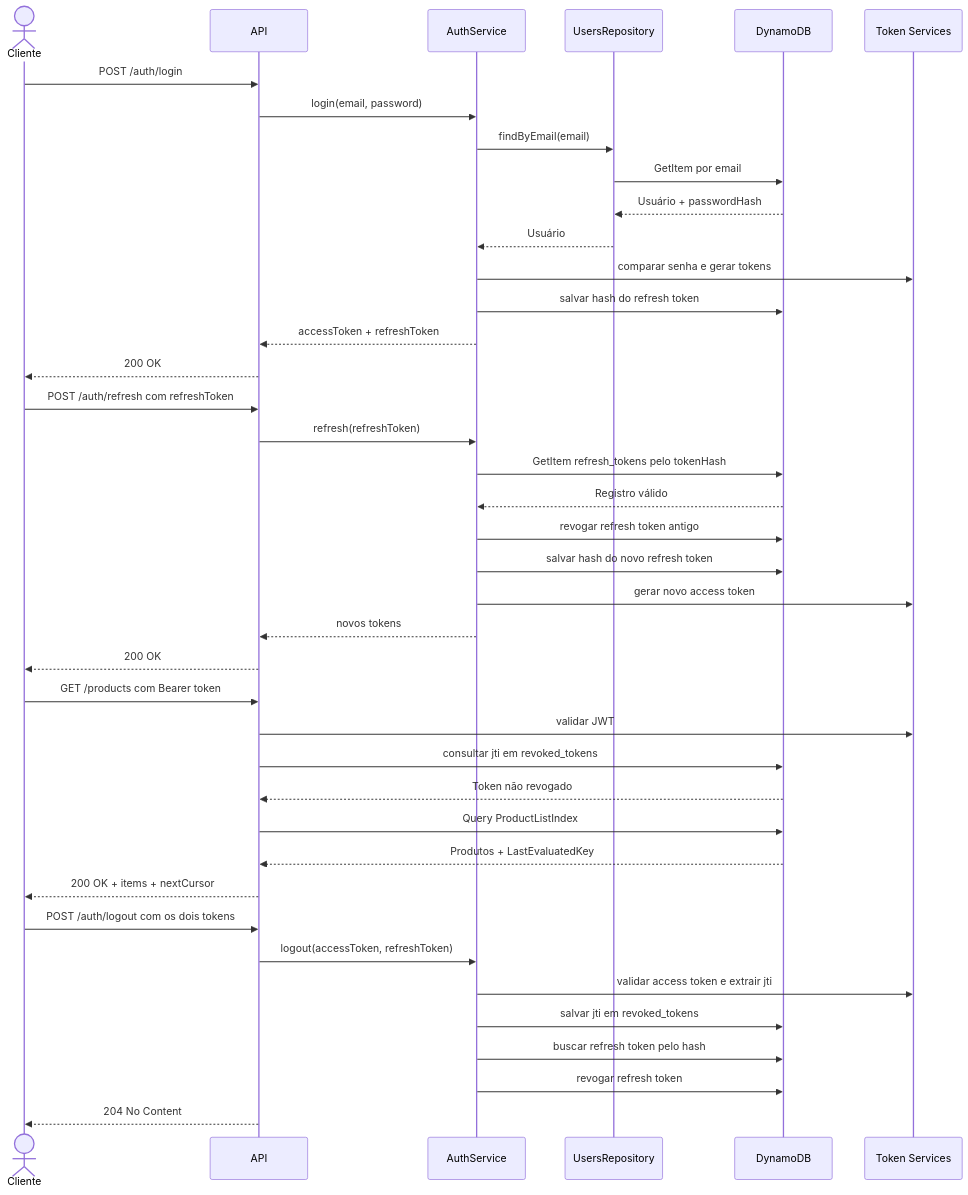
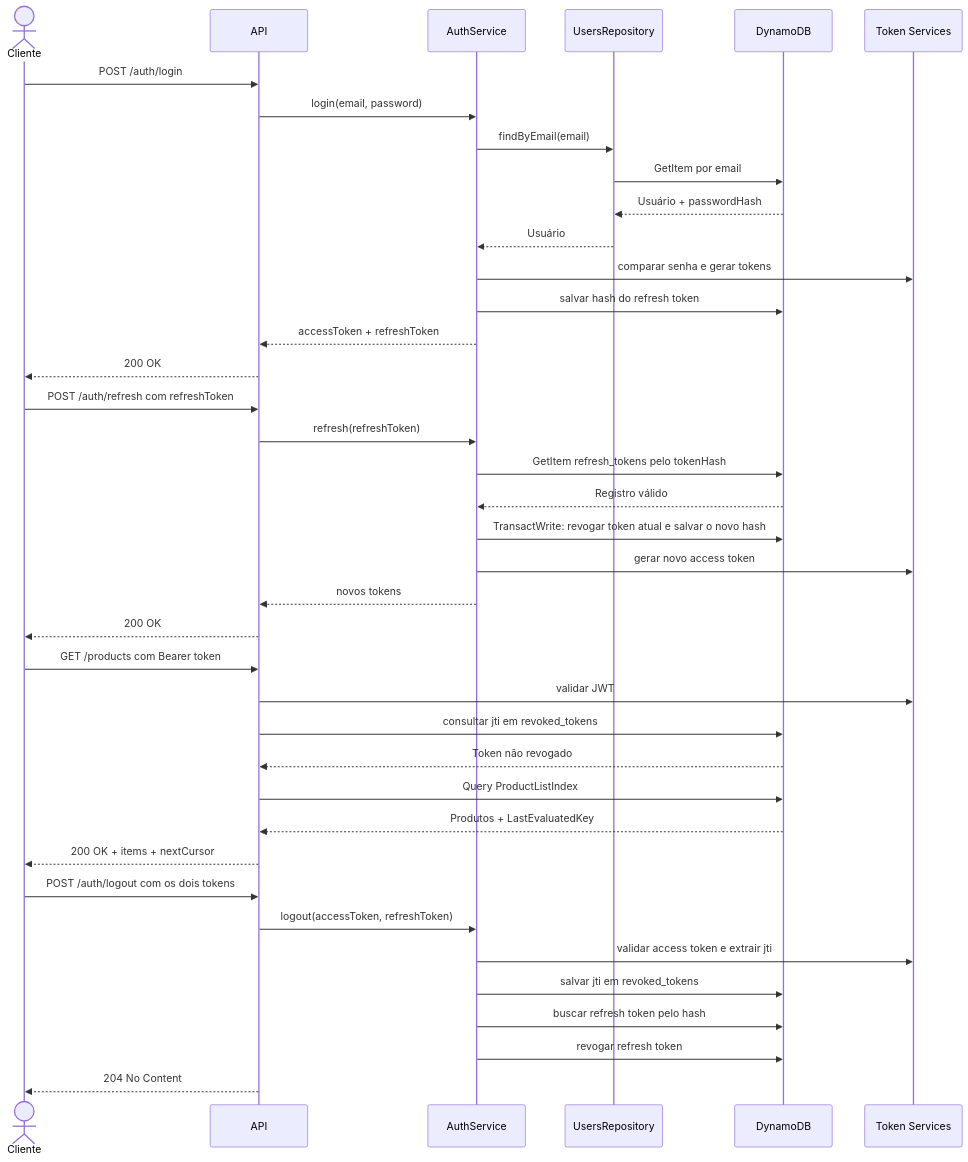
Before and after one commit to buss-dev/node-auth-api: the diagram in README.md, drawn with Mermaid. The commit also changed other lines of this file, not shown here.

Commit message:
docs: corrige acentuacao e fluxo de refresh

````diff
--- a/README.md
+++ b/README.md
@@ -164,46 +164,45 @@
 ```mermaid
 sequenceDiagram
     actor Cliente
     participant API
     participant AuthService
     participant Users as UsersRepository
     participant DynamoDB
     participant Tokens as Token Services
 
     Cliente->>API: POST /auth/login
     API->>AuthService: login(email, password)
     AuthService->>Users: findByEmail(email)
     Users->>DynamoDB: GetItem por email
     DynamoDB-->>Users: Usuário + passwordHash
     Users-->>AuthService: Usuário
     AuthService->>Tokens: comparar senha e gerar tokens
     AuthService->>DynamoDB: salvar hash do refresh token
     AuthService-->>API: accessToken + refreshToken
     API-->>Cliente: 200 OK
 
     Cliente->>API: POST /auth/refresh com refreshToken
     API->>AuthService: refresh(refreshToken)
     AuthService->>DynamoDB: GetItem refresh_tokens pelo tokenHash
     DynamoDB-->>AuthService: Registro válido
-    AuthService->>DynamoDB: revogar refresh token antigo
-    AuthService->>DynamoDB: salvar hash do novo refresh token
+    AuthService->>DynamoDB: TransactWrite: revogar token atual e salvar o novo hash
     AuthService->>Tokens: gerar novo access token
     AuthService-->>API: novos tokens
     API-->>Cliente: 200 OK
 
     Cliente->>API: GET /products com Bearer token
     API->>Tokens: validar JWT
     API->>DynamoDB: consultar jti em revoked_tokens
     DynamoDB-->>API: Token não revogado
     API->>DynamoDB: Query ProductListIndex
     DynamoDB-->>API: Produtos + LastEvaluatedKey
     API-->>Cliente: 200 OK + items + nextCursor
 
     Cliente->>API: POST /auth/logout com os dois tokens
     API->>AuthService: logout(accessToken, refreshToken)
     AuthService->>Tokens: validar access token e extrair jti
     AuthService->>DynamoDB: salvar jti em revoked_tokens
     AuthService->>DynamoDB: buscar refresh token pelo hash
     AuthService->>DynamoDB: revogar refresh token
     API-->>Cliente: 204 No Content
 ```
````
